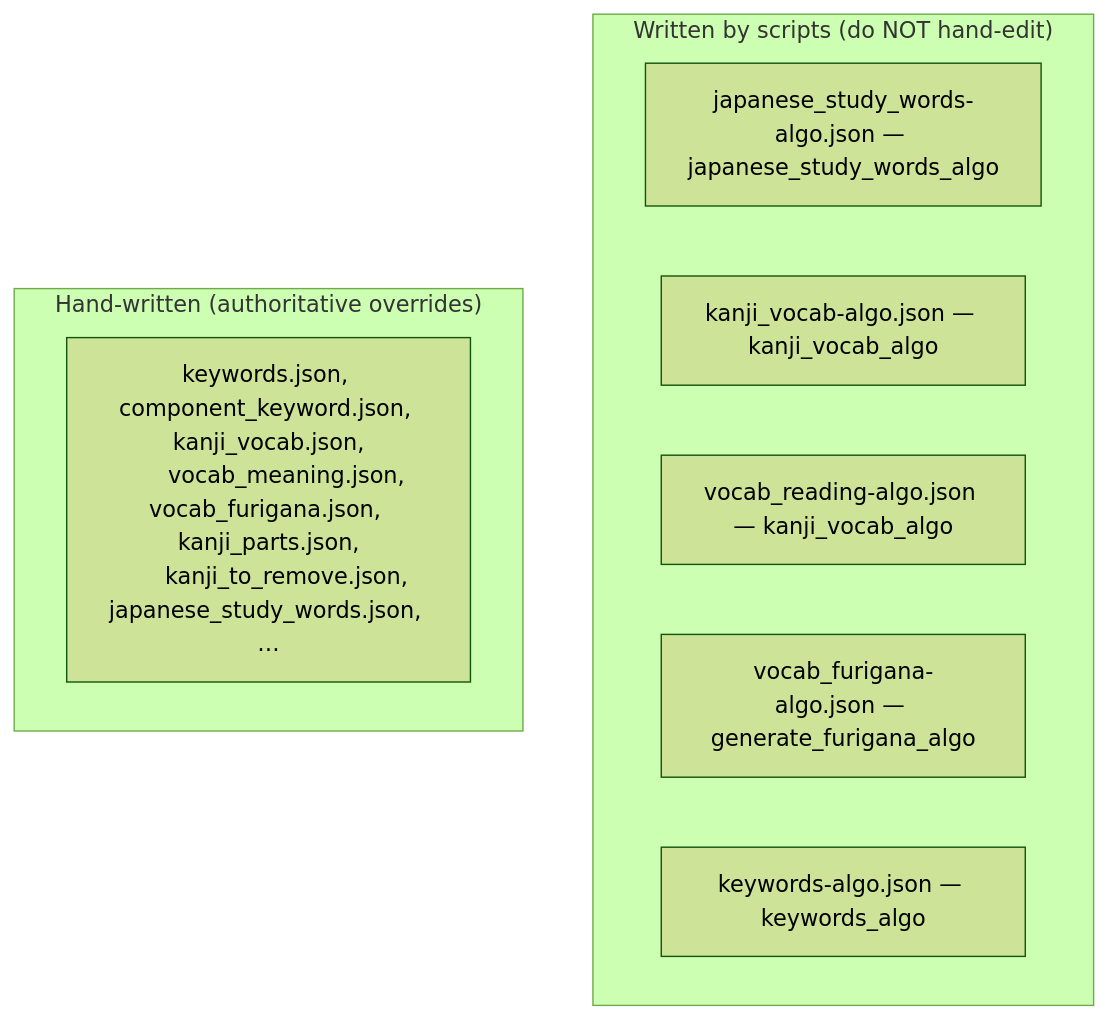
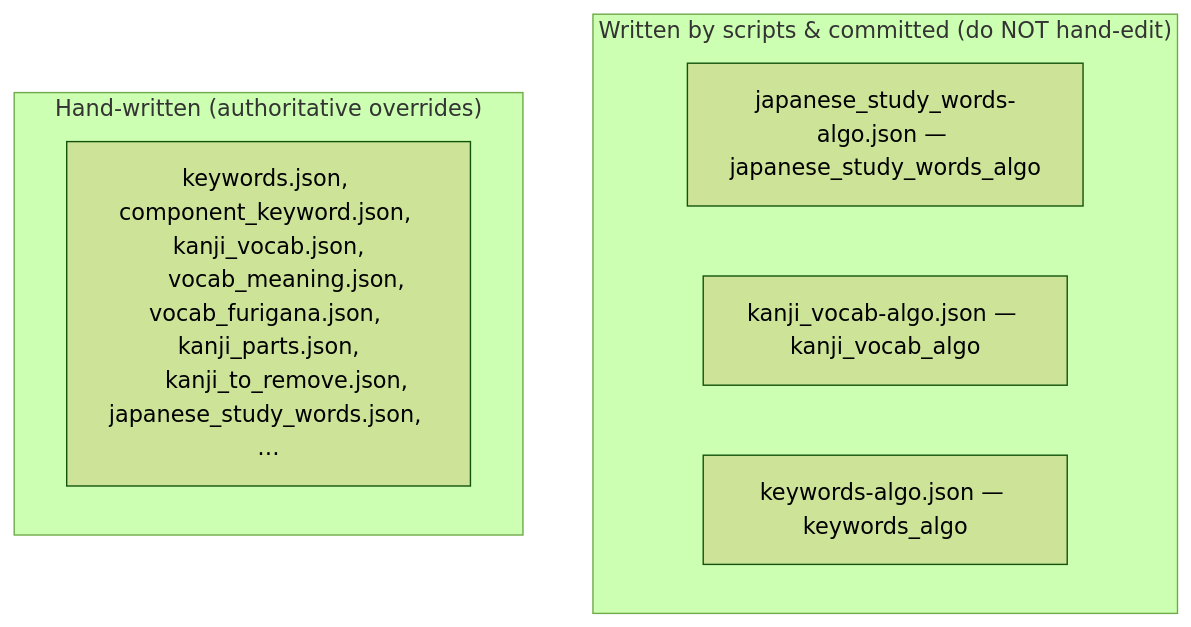
One commit to PikaPikaGems/kanji-heatmap-data changed the third of 8 diagrams in notes/flowchart.md. Above: the diagram before and after it, drawn with Mermaid (forest theme). The commit also changed other lines of this file and 7 other files, not shown here.

First line of the commit message:
Generate furigana on the fly in the final build.

````diff
--- a/notes/flowchart.md
+++ b/notes/flowchart.md
@@ -179,15 +171,13 @@
 ```mermaid
 flowchart TB
-    subgraph ALGO["Written by scripts (do NOT hand-edit)"]
+    subgraph ALGO["Written by scripts & committed (do NOT hand-edit)"]
       a1["japanese_study_words-algo.json — japanese_study_words_algo"]
       a2["kanji_vocab-algo.json — kanji_vocab_algo"]
-      a4["vocab_reading-algo.json — kanji_vocab_algo"]
-      a5["vocab_furigana-algo.json — generate_furigana_algo"]
       a6["keywords-algo.json — keywords_algo"]
     end
     subgraph MANUAL["Hand-written (authoritative overrides)"]
       m1["keywords.json, component_keyword.json, kanji_vocab.json,
       vocab_meaning.json, vocab_furigana.json, kanji_parts.json,
       kanji_to_remove.json, japanese_study_words.json, …"]
     end
 ```
````
